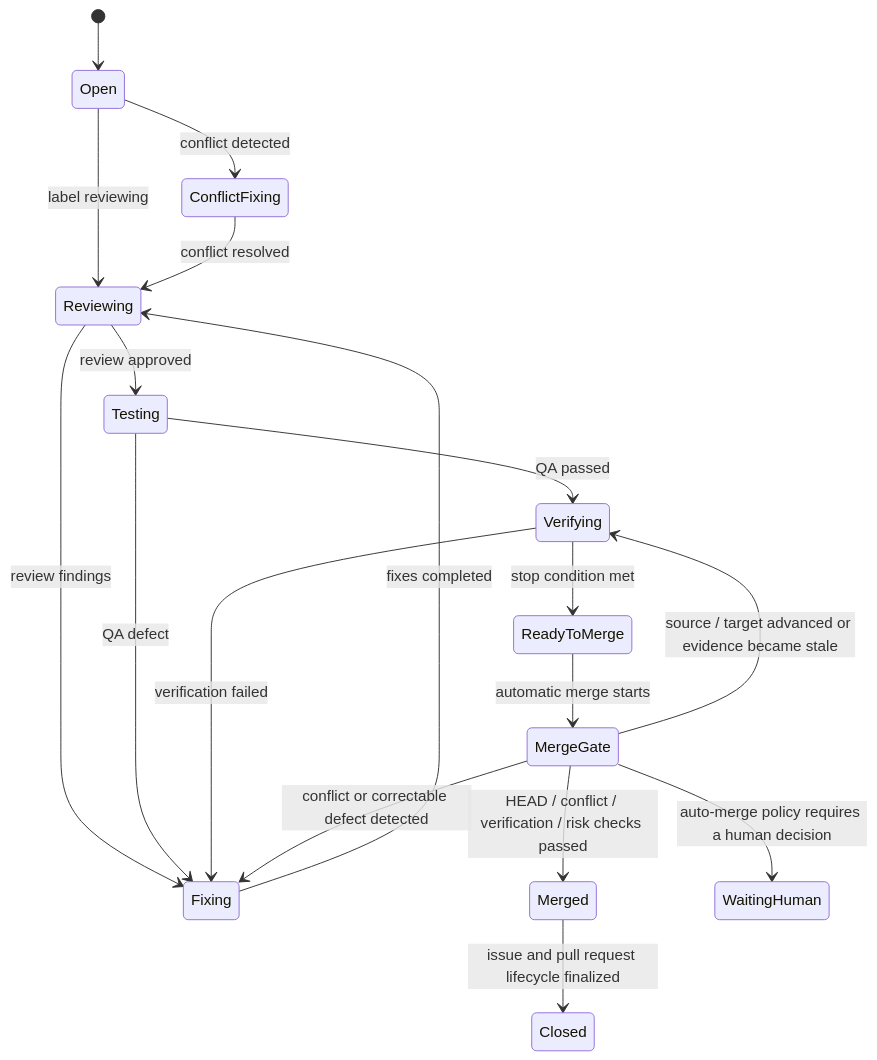
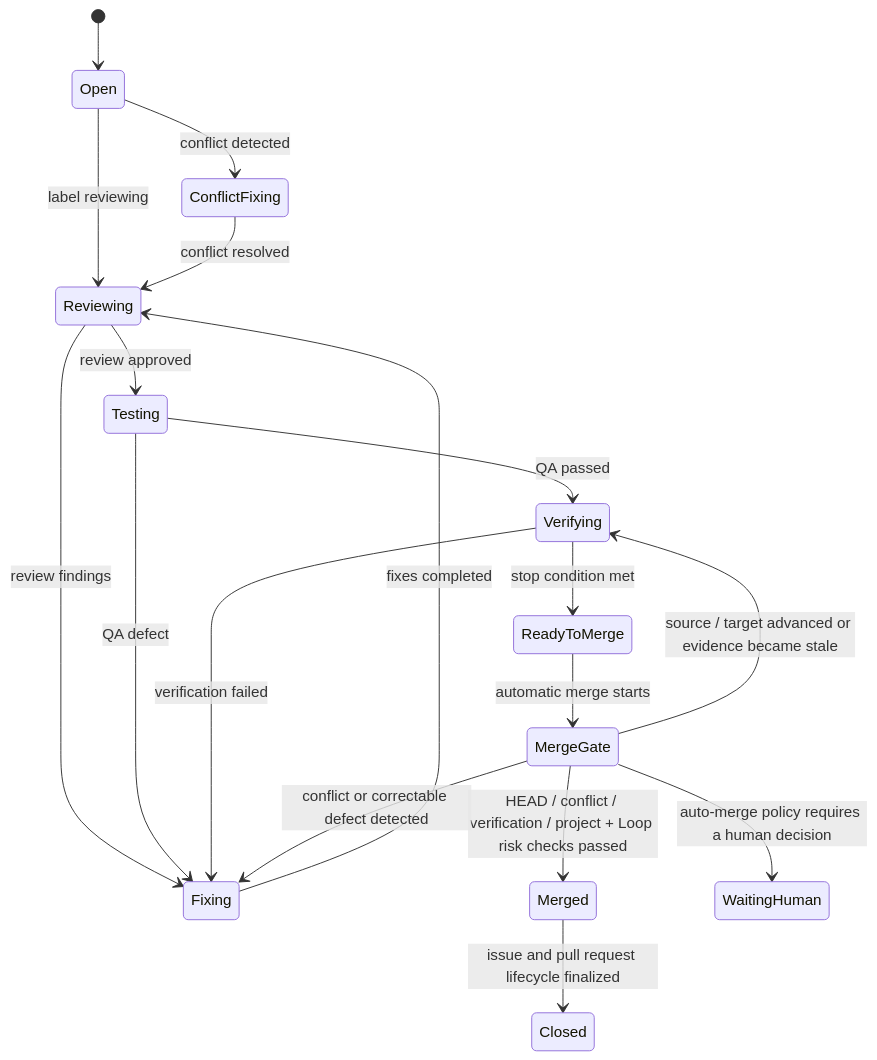
The third of 4 diagrams in docs/04-agent-job-state-machine.md (pluswing/oneteam), drawn with Mermaid before and after one commit. The commit also changed 2 other files, not shown here.

Commit message:
Document automatic merge Loop policy

````diff
--- a/docs/04-agent-job-state-machine.md
+++ b/docs/04-agent-job-state-machine.md
@@ -93,20 +93,20 @@
 ```mermaid
 stateDiagram-v2
   [*] --> Open
   Open --> Reviewing: label reviewing
   Reviewing --> Fixing: review findings
   Fixing --> Reviewing: fixes completed
   Reviewing --> Testing: review approved
   Testing --> Fixing: QA defect
   Testing --> Verifying: QA passed
   Verifying --> ReadyToMerge: stop condition met
   Verifying --> Fixing: verification failed
   ReadyToMerge --> MergeGate: automatic merge starts
-  MergeGate --> Merged: HEAD / conflict / verification / risk checks passed
+  MergeGate --> Merged: HEAD / conflict / verification / project + Loop risk checks passed
   MergeGate --> Verifying: source / target advanced or evidence became stale
   MergeGate --> Fixing: conflict or correctable defect detected
   MergeGate --> WaitingHuman: auto-merge policy requires a human decision
   Open --> ConflictFixing: conflict detected
   ConflictFixing --> Reviewing: conflict resolved
   Merged --> Closed: issue and pull request lifecycle finalized
 ```
````
